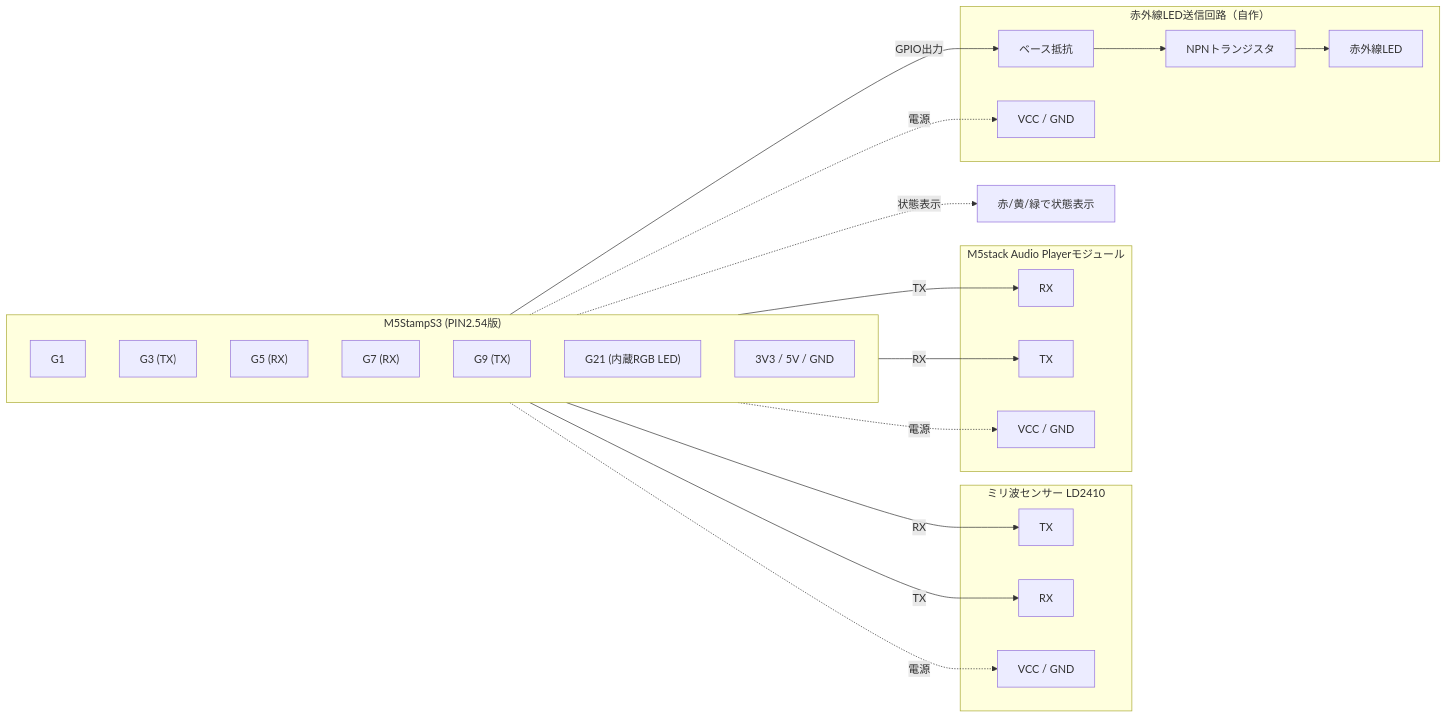
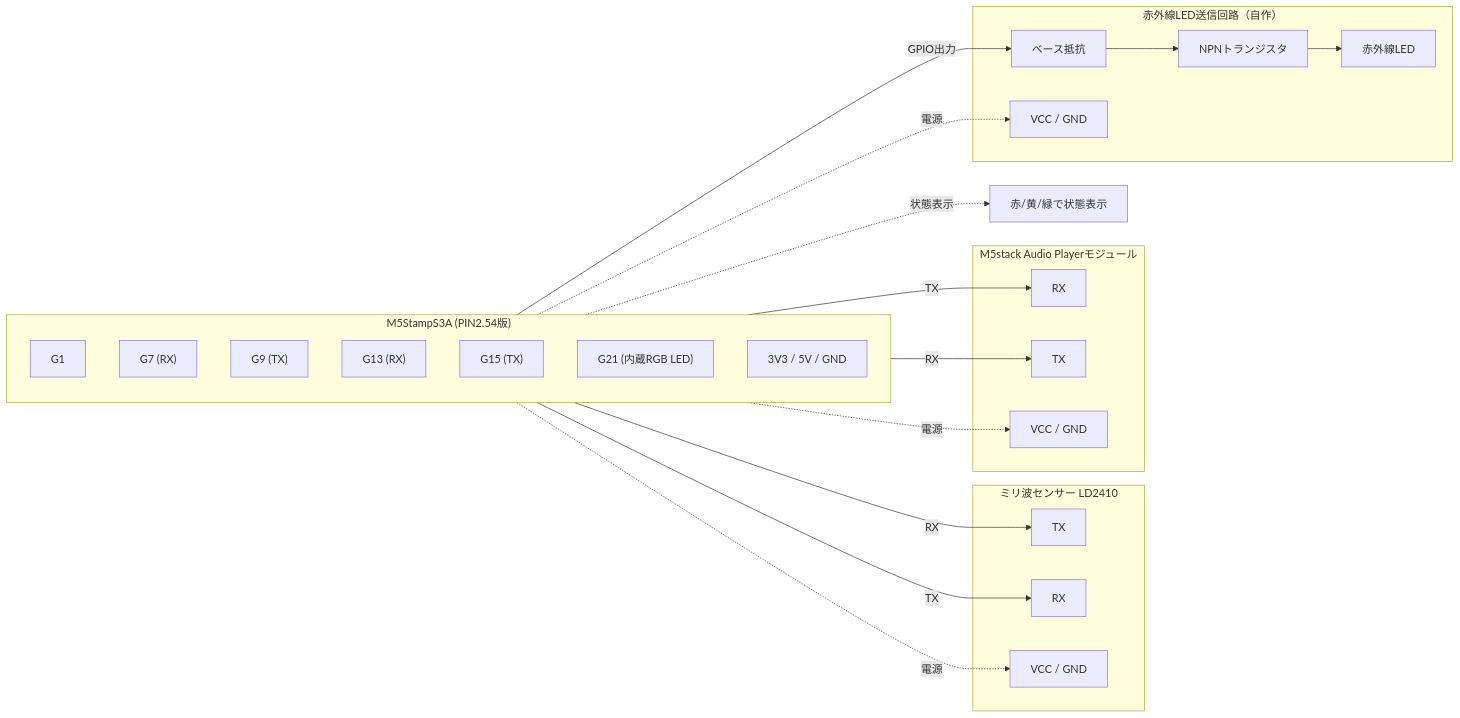
Before and after one commit to TWSho/auto-toilet: the diagram in 仕様.md, drawn with Mermaid. The commit also changed other lines of this file and 13 other files, not shown here.

````diff
--- a/仕様.md
+++ b/仕様.md
@@ -35,47 +48,47 @@
 ```mermaid
 flowchart LR
-    subgraph MCU["M5StampS3 (PIN2.54版)"]
+    subgraph MCU["M5StampS3A (PIN2.54版)"]
         direction TB
         G1["G1"]
-        G3["G3 (TX)"]
-        G5["G5 (RX)"]
         G7["G7 (RX)"]
         G9["G9 (TX)"]
+        G13["G13 (RX)"]
+        G15["G15 (TX)"]
         G21["G21 (内蔵RGB LED)"]
         PWR["3V3 / 5V / GND"]
     end
 
     subgraph LD["ミリ波センサー LD2410"]
         LD_TX["TX"]
         LD_RX["RX"]
         LD_PWR["VCC / GND"]
     end
 
     subgraph AUDIO["M5stack Audio Playerモジュール"]
         AU_RX["RX"]
         AU_TX["TX"]
         AU_PWR["VCC / GND"]
     end
 
     subgraph IR["赤外線LED送信回路（自作）"]
         R1["ベース抵抗"]
         TR["NPNトランジスタ"]
         LED["赤外線LED"]
         IR_PWR["VCC / GND"]
     end
 
     G7 -->|RX| LD_TX
     G9 -->|TX| LD_RX
     PWR -.->|電源| LD_PWR
 
-    G5 -->|RX| AU_TX
-    G3 -->|TX| AU_RX
+    G13 -->|RX| AU_TX
+    G15 -->|TX| AU_RX
     PWR -.->|電源| AU_PWR
 
     G1 -->|GPIO出力| R1
     R1 --> TR
     TR --> LED
     PWR -.->|電源| IR_PWR
 
     G21 -.->|状態表示| LEDSTATE["赤/黄/緑で状態表示"]
 ```
````
